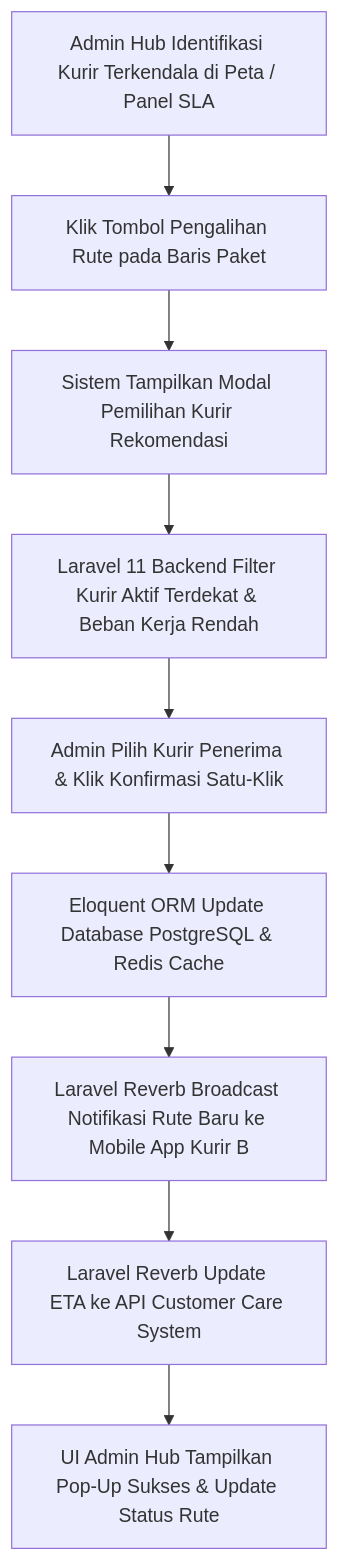
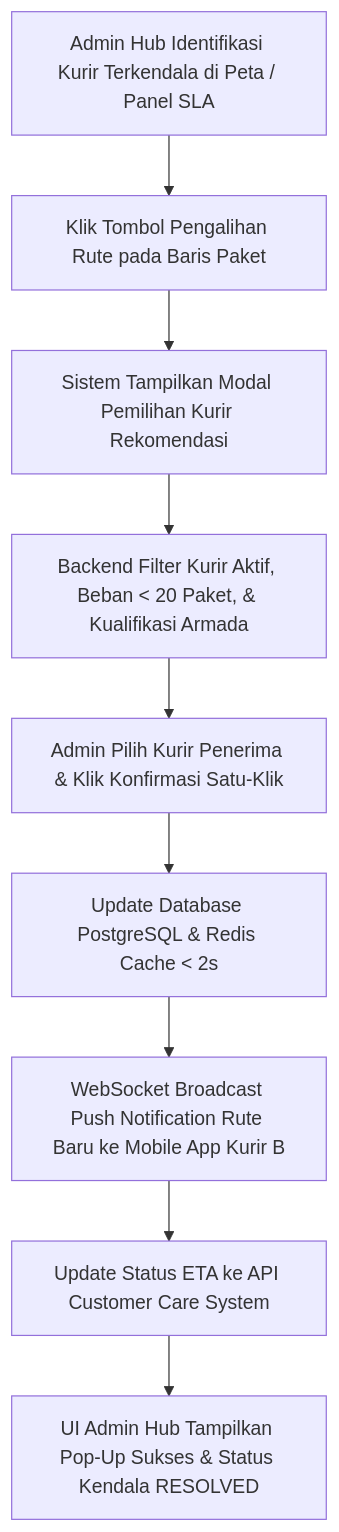
Before and after one commit to Ampasan/anteraja-capstone-naufalrakanramadhan: the diagram in docs/frd/FRD-03-one-click-task-reassignment.md, drawn with Mermaid. The commit also changed other lines of this file and 6 other files, not shown here.

````diff
--- a/docs/frd/FRD-03-one-click-task-reassignment.md
+++ b/docs/frd/FRD-03-one-click-task-reassignment.md
@@ -21,11 +23,11 @@
 ```mermaid
 graph TD
     A[Admin Hub Identifikasi Kurir Terkendala di Peta / Panel SLA] --> B[Klik Tombol Pengalihan Rute pada Baris Paket]
     B --> C[Sistem Tampilkan Modal Pemilihan Kurir Rekomendasi]
-    C --> D[Laravel 11 Backend Filter Kurir Aktif Terdekat & Beban Kerja Rendah]
+    C --> D[Backend Filter Kurir Aktif, Beban < 20 Paket, & Kualifikasi Armada]
     D --> E[Admin Pilih Kurir Penerima & Klik Konfirmasi Satu-Klik]
-    E --> F[Eloquent ORM Update Database PostgreSQL & Redis Cache]
-    F --> G[Laravel Reverb Broadcast Notifikasi Rute Baru ke Mobile App Kurir B]
-    G --> H[Laravel Reverb Update ETA ke API Customer Care System]
-    H --> I[UI Admin Hub Tampilkan Pop-Up Sukses & Update Status Rute]
+    E --> F[Update Database PostgreSQL & Redis Cache < 2s]
+    F --> G[WebSocket Broadcast Push Notification Rute Baru ke Mobile App Kurir B]
+    G --> H[Update Status ETA ke API Customer Care System]
+    H --> I[UI Admin Hub Tampilkan Pop-Up Sukses & Status Kendala RESOLVED]
 ```
````
